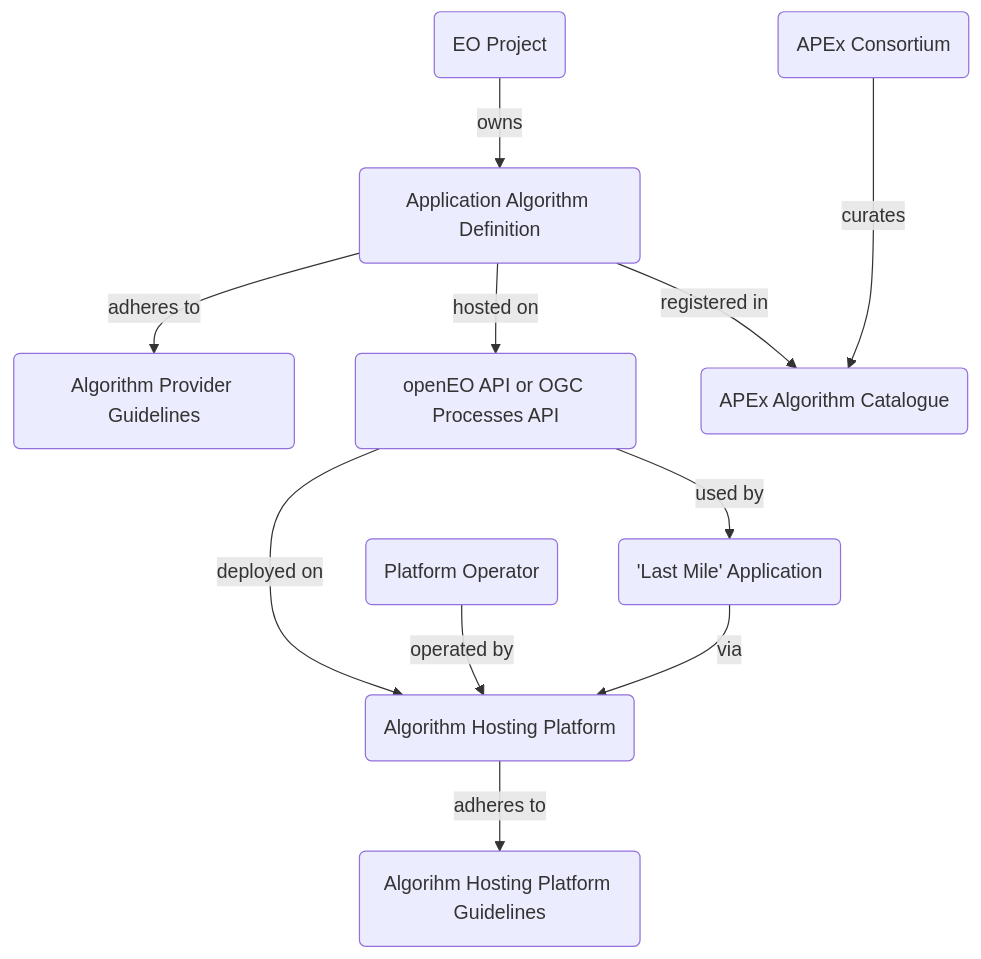
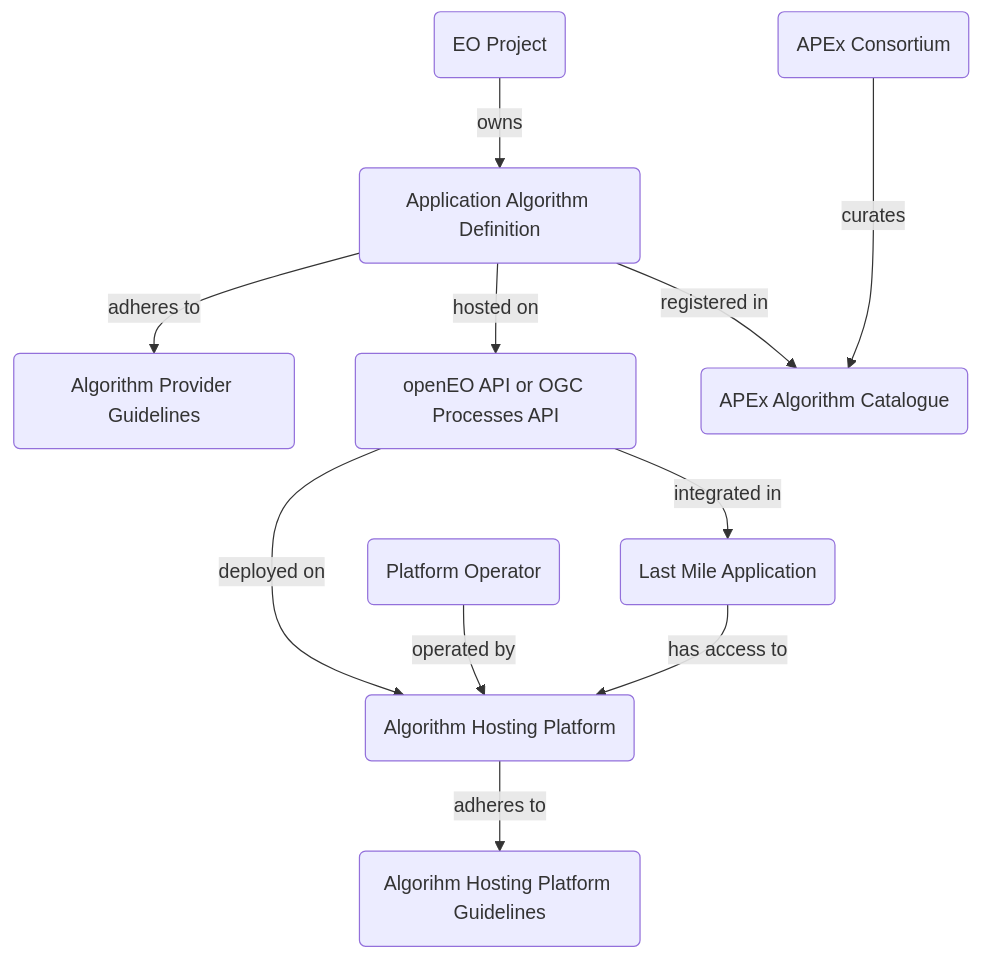
Before and after one commit to ESA-APEx/apex_documentation: the diagram in interoperability/definitions.qmd, drawn with Mermaid. The commit also changed other lines of this file, not shown here.

````diff
--- a/interoperability/definitions.qmd
+++ b/interoperability/definitions.qmd
@@ -9,25 +9,25 @@
 ```{mermaid}
 flowchart TD
     EO_PROJECT("EO Project")
     ALGORITHM("Application Algorithm Definition")
     ALGORITHM_GUIDELINES("Algorithm Provider Guidelines")
     OPENEO_OGC("openEO API or OGC Processes API")
-    LAST_MILE("'Last Mile' Application")
+    LAST_MILE("Last Mile Application")
     HOSTING_PLATFORM("Algorithm Hosting Platform")
     OPERATOR("Platform Operator")
     PLATFORM_GUIDELINES("Algorihm Hosting Platform Guidelines")
     CATALOGUE("APEx Algorithm Catalogue")
     APEX("APEx Consortium")
     
 
     EO_PROJECT --> | owns | ALGORITHM
     ALGORITHM --> | adheres to | ALGORITHM_GUIDELINES
     ALGORITHM --> | hosted on | OPENEO_OGC
     OPENEO_OGC --> | deployed on | HOSTING_PLATFORM
     OPERATOR --> | operated by | HOSTING_PLATFORM
     HOSTING_PLATFORM --> | adheres to | PLATFORM_GUIDELINES
     ALGORITHM --> | registered in | CATALOGUE
     APEX ---> | curates | CATALOGUE
-    OPENEO_OGC --> | used by | LAST_MILE
-    LAST_MILE --> | via | HOSTING_PLATFORM
+    OPENEO_OGC --> | integrated in | LAST_MILE
+    LAST_MILE --> | has access to | HOSTING_PLATFORM
 ```
````
